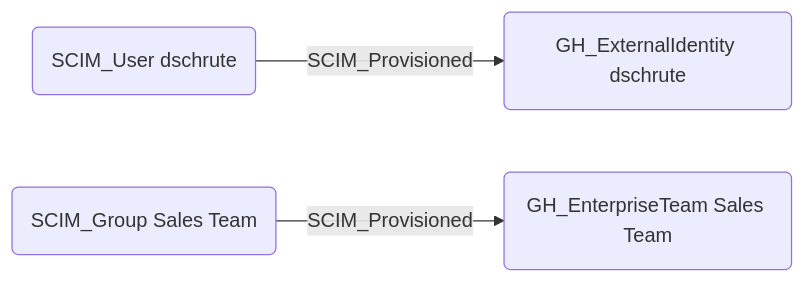
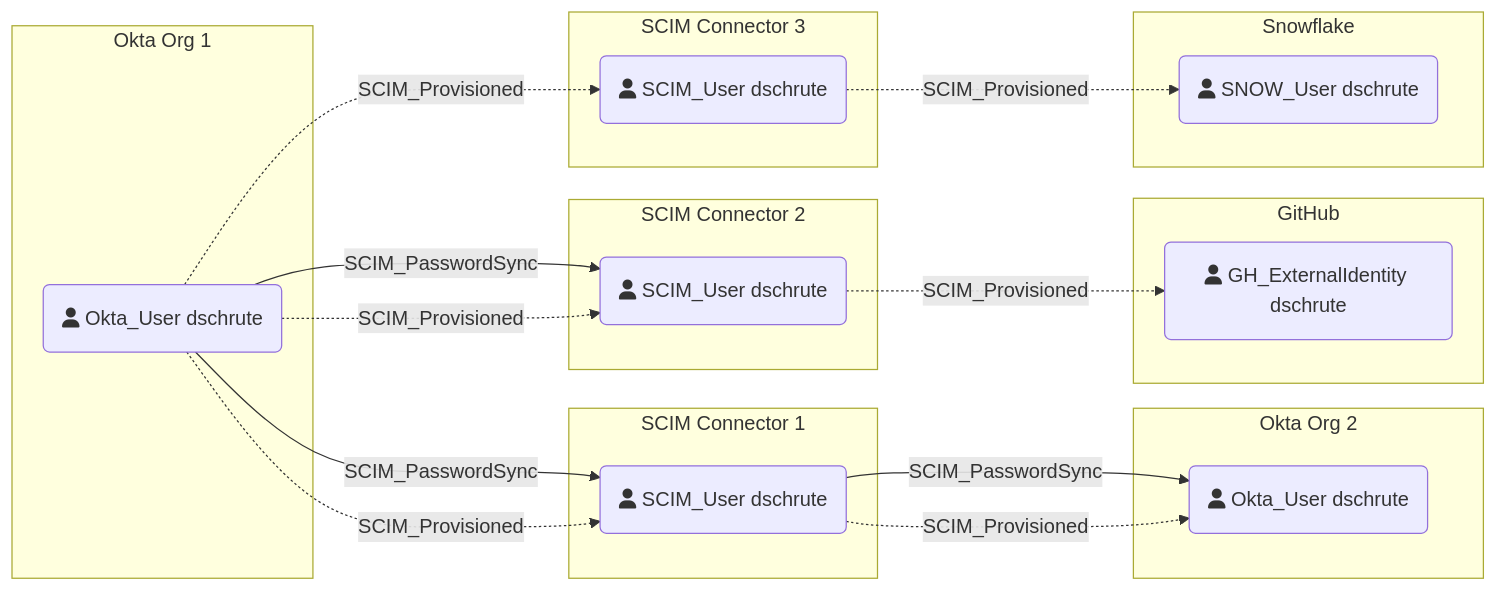
One commit to SpecterOps/bloodhound-scim-extension changed the diagram in docs/edges/SCIM_Provisioned.md. Above: the diagram before and after it, drawn with Mermaid. The commit also changed other lines of this file and 24 other files, not shown here.

````diff
--- a/docs/edges/SCIM_Provisioned.md
+++ b/docs/edges/SCIM_Provisioned.md
@@ -12,9 +18,40 @@
 ```mermaid
 graph LR
-    node1("SCIM_User dschrute")
-    node2("GH_ExternalIdentity dschrute")
-    node3("SCIM_Group Sales Team")
-    node4("GH_EnterpriseTeam Sales Team")
-    node1 -- SCIM_Provisioned --> node2
-    node3 -- SCIM_Provisioned --> node4
+    subgraph Okta Org 1
+        node7("fa:fa-user Okta_User dschrute")
+    end
+
+    subgraph SCIM Connector 1
+        node1("fa:fa-user SCIM_User dschrute")
+    end
+
+    subgraph SCIM Connector 2
+        node5("fa:fa-user SCIM_User dschrute")
+    end
+
+    subgraph SCIM Connector 3
+        node6("fa:fa-user SCIM_User dschrute")
+    end
+
+    subgraph Okta Org 2
+        node2("fa:fa-user Okta_User dschrute")
+    end
+
+    subgraph GitHub
+        node3("fa:fa-user GH_ExternalIdentity dschrute")
+    end
+
+    subgraph Snowflake
+        node4("fa:fa-user SNOW_User dschrute")
+    end
+
+    node7 -- SCIM_PasswordSync --> node1
+    node7 -- SCIM_PasswordSync --> node5
+    node1 -- SCIM_PasswordSync --> node2
+    node7 -.->|SCIM_Provisioned| node1
+    node7 -.->|SCIM_Provisioned| node5
+    node7 -.->|SCIM_Provisioned| node6
+    node1 -.->|SCIM_Provisioned| node2
+    node5 -.->|SCIM_Provisioned| node3
+    node6 -.->|SCIM_Provisioned| node4
 ```
````
